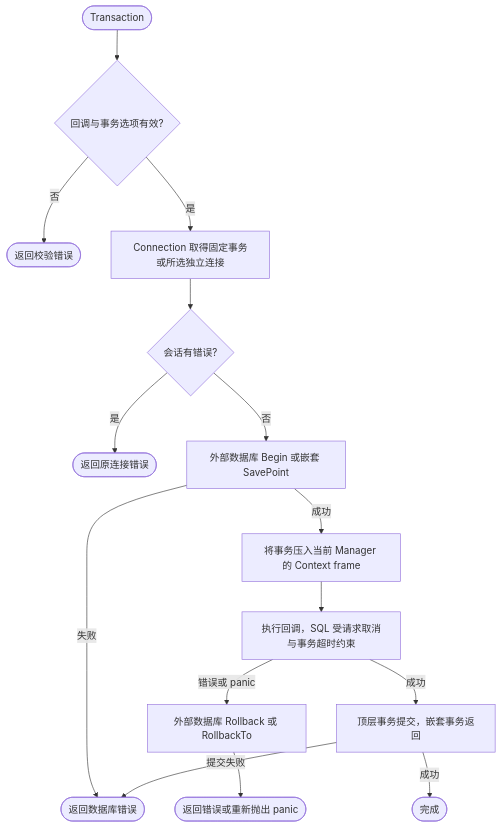
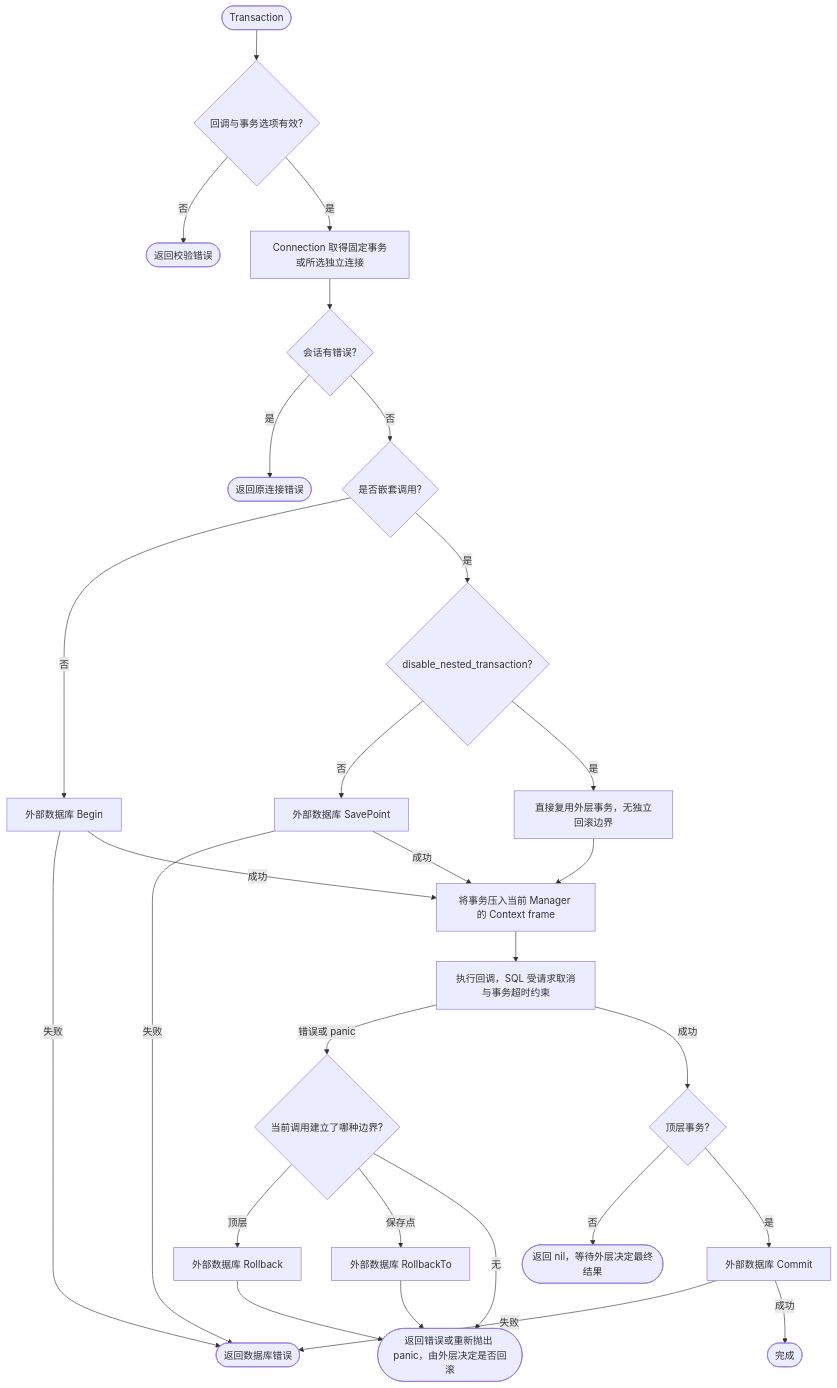
Before and after one commit to jaggerzhuang1994/kratos-foundation: the second of 6 diagrams in pkg/database/README.md, drawn with Mermaid. The commit also changed other lines of this file and 30 other files, not shown here.

````diff
--- a/pkg/database/README.md
+++ b/pkg/database/README.md
@@ -63,17 +63,30 @@
 ```mermaid
 flowchart TD
     A([Transaction]) --> B{回调与事务选项有效?}
     B -- 否 --> C([返回校验错误])
     B -- 是 --> D[Connection 取得固定事务或所选独立连接]
     D --> E{会话有错误?}
     E -- 是 --> F([返回原连接错误])
-    E -- 否 --> G[外部数据库 Begin 或嵌套 SavePoint]
-    G -- 失败 --> H([返回数据库错误])
-    G -- 成功 --> I[将事务压入当前 Manager 的 Context frame]
+    E -- 否 --> G{是否嵌套调用?}
+    G -- 否 --> H[外部数据库 Begin]
+    G -- 是 --> O{disable_nested_transaction?}
+    O -- 否 --> P[外部数据库 SavePoint]
+    O -- 是 --> Q[直接复用外层事务，无独立回滚边界]
+    H -- 失败 --> R([返回数据库错误])
+    P -- 失败 --> R
+    H -- 成功 --> I[将事务压入当前 Manager 的 Context frame]
+    P -- 成功 --> I
+    Q --> I
     I --> J[执行回调，SQL 受请求取消与事务超时约束]
-    J -- 错误或 panic --> K[外部数据库 Rollback 或 RollbackTo]
-    K --> L([返回错误或重新抛出 panic])
-    J -- 成功 --> M[顶层事务提交，嵌套事务返回]
-    M -- 提交失败 --> H
-    M -- 成功 --> N([完成])
+    J -- 错误或 panic --> K{当前调用建立了哪种边界?}
+    K -- 顶层 --> L[外部数据库 Rollback]
+    K -- 保存点 --> M[外部数据库 RollbackTo]
+    K -- 无 --> S([返回错误或重新抛出 panic，由外层决定是否回滚])
+    L --> S
+    M --> S
+    J -- 成功 --> T{顶层事务?}
+    T -- 否 --> U([返回 nil，等待外层决定最终结果])
+    T -- 是 --> V[外部数据库 Commit]
+    V -- 失败 --> R
+    V -- 成功 --> W([完成])
 ```
````
